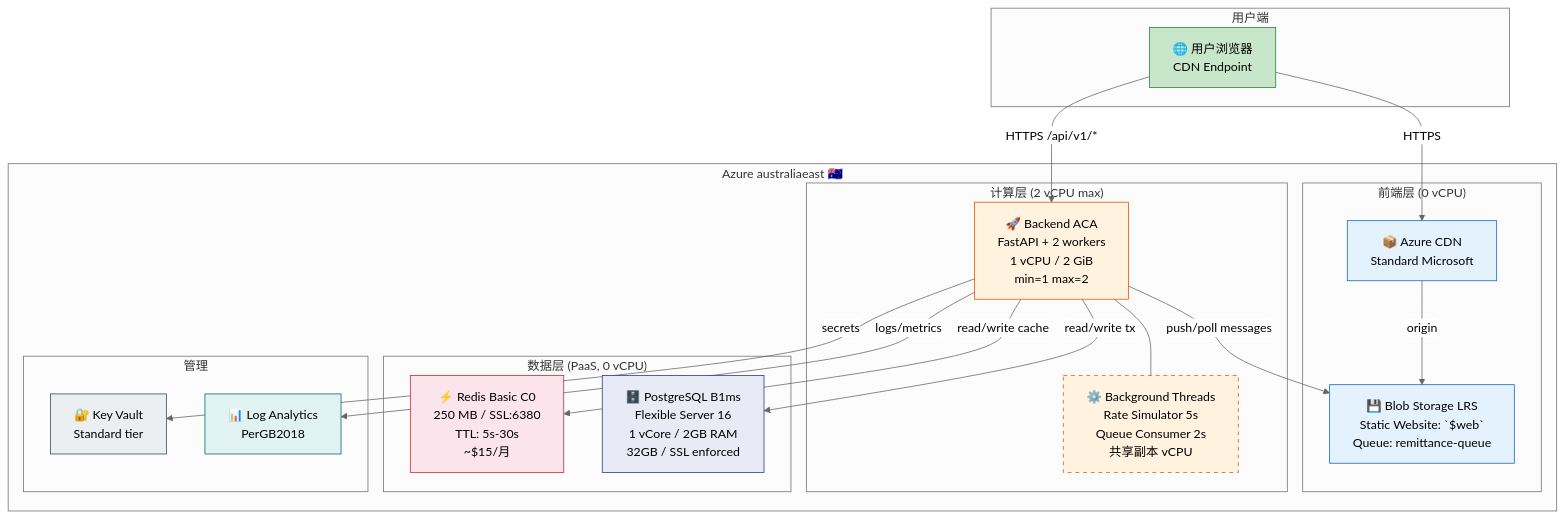
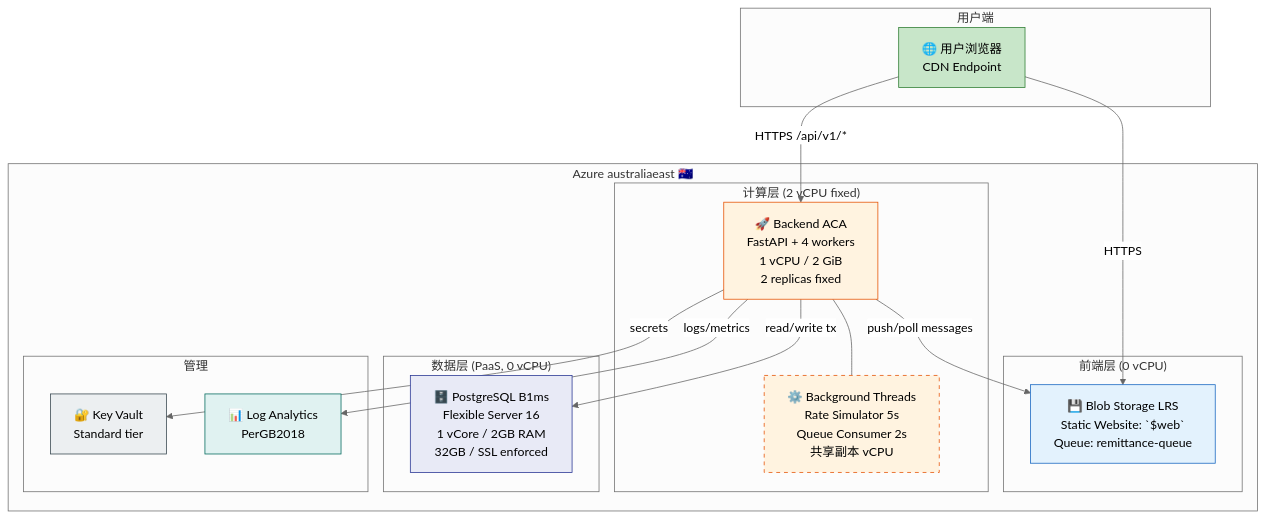
Before and after one commit to miku-wwl/full-stack-fastapi-template: the second of 4 diagrams in documentation/Azure-Cloud-Architecture.md, drawn with Mermaid (neutral theme). The commit also changed other lines of this file and 5 other files, not shown here.

````diff
--- a/documentation/Azure-Cloud-Architecture.md
+++ b/documentation/Azure-Cloud-Architecture.md
@@ -572,49 +520,43 @@
 ```mermaid
 graph TB
     subgraph "用户端"
         U[🌐 用户浏览器<br/>CDN Endpoint]
     end
 
     subgraph "Azure australiaeast 🇦🇺"
         subgraph "前端层 (0 vCPU)"
-            CDN[📦 Azure CDN<br/>Standard Microsoft]
             BLOB[💾 Blob Storage LRS<br/>Static Website: `$web`<br/>Queue: remittance-queue]
-            CDN -->|origin| BLOB
         end
 
-        subgraph "计算层 (2 vCPU max)"
-            BE[🚀 Backend ACA<br/>FastAPI + 2 workers<br/>1 vCPU / 2 GiB<br/>min=1 max=2]
+        subgraph "计算层 (2 vCPU fixed)"
+            BE[🚀 Backend ACA<br/>FastAPI + 4 workers<br/>1 vCPU / 2 GiB<br/>2 replicas fixed]
             BG[⚙️ Background Threads<br/>Rate Simulator 5s<br/>Queue Consumer 2s<br/>共享副本 vCPU]
             BE --- BG
         end
 
         subgraph "数据层 (PaaS, 0 vCPU)"
-            REDIS[⚡ Redis Basic C0<br/>250 MB / SSL:6380<br/>TTL: 5s-30s<br/>~$15/月]
             PG[🗄️ PostgreSQL B1ms<br/>Flexible Server 16<br/>1 vCore / 2GB RAM<br/>32GB / SSL enforced]
         end
 
         subgraph "管理"
             KV[🔐 Key Vault<br/>Standard tier]
             LAW[📊 Log Analytics<br/>PerGB2018]
         end
     end
 
-    U -->|HTTPS| CDN
+    U -->|HTTPS| BLOB
     U -->|HTTPS /api/v1/*| BE
 
-    BE -->|read/write cache| REDIS
     BE -->|read/write tx| PG
     BE -->|push/poll messages| BLOB
     BE -->|secrets| KV
     BE -->|logs/metrics| LAW
 
     style U fill:#c8e6c9,stroke:#2e7d32
-    style CDN fill:#e3f2fd,stroke:#1565c0
     style BLOB fill:#e3f2fd,stroke:#1565c0
     style BE fill:#fff3e0,stroke:#e65100
     style BG fill:#fff3e0,stroke:#e65100,stroke-dasharray: 5 5
-    style REDIS fill:#fce4ec,stroke:#c62828
     style PG fill:#e8eaf6,stroke:#283593
     style KV fill:#eceff1,stroke:#37474f
     style LAW fill:#e0f2f1,stroke:#00695c
 ```
````
